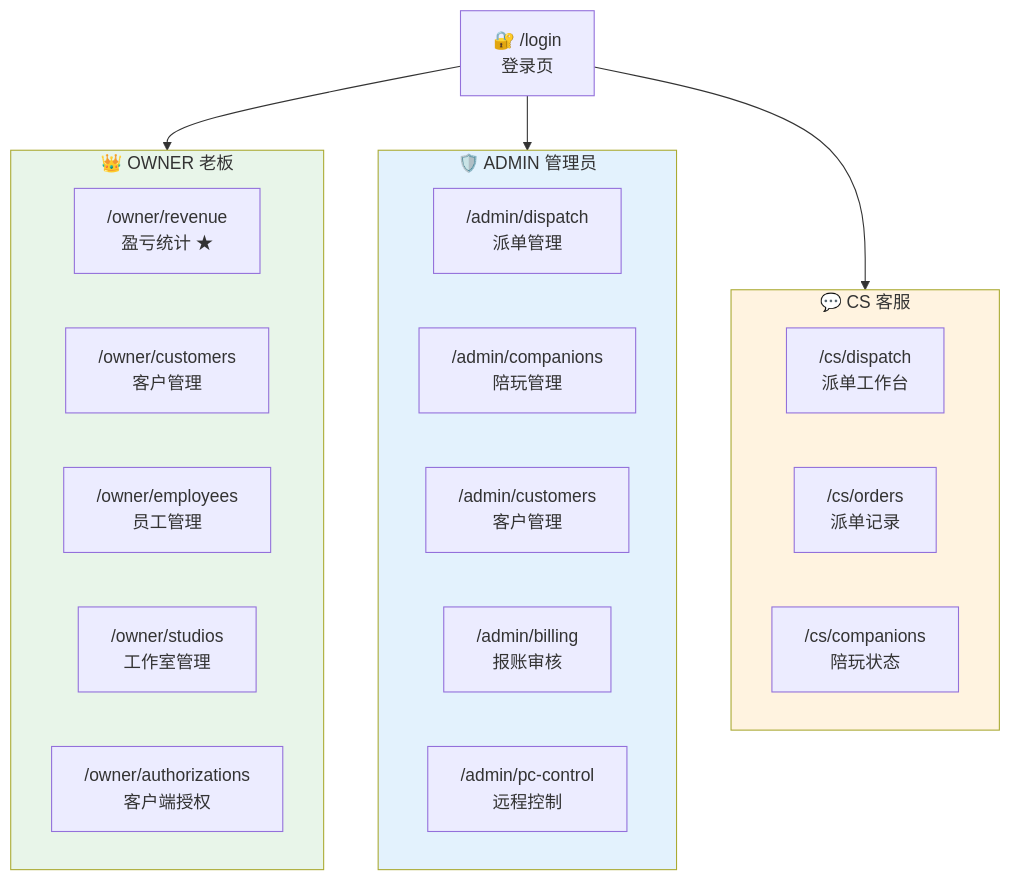
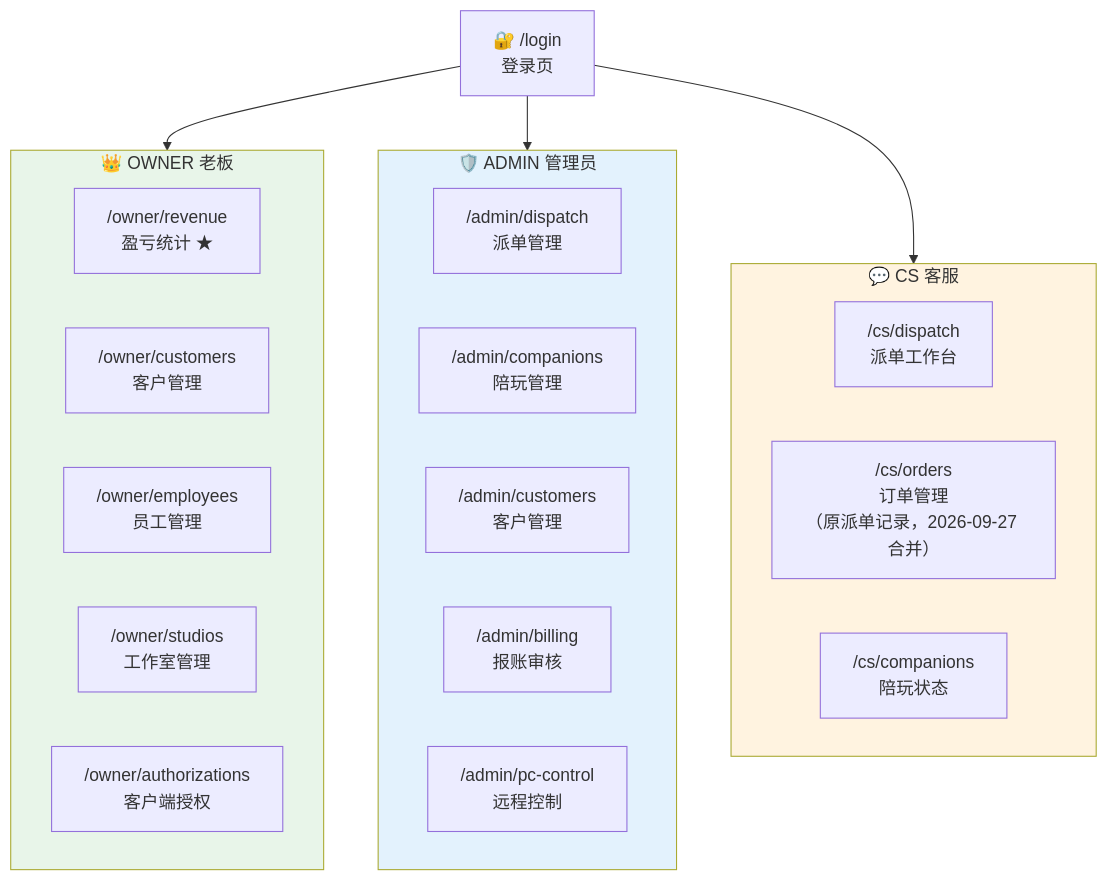
One commit to opsvr-ai/game-workspace changed the seventh of 12 diagrams in docs/ARCHITECTURE.md. Above: the diagram before and after it, drawn with Mermaid. The commit also changed 3 other files, not shown here.

````diff
--- a/docs/ARCHITECTURE.md
+++ b/docs/ARCHITECTURE.md
@@ -262,34 +262,34 @@
 ```mermaid
 graph TB
     LOGIN["🔐 /login<br/>登录页"]
 
     LOGIN --> OWNER
     LOGIN --> ADMIN
     LOGIN --> CS
 
     subgraph OWNER["👑 OWNER 老板"]
         O1["/owner/revenue<br/>盈亏统计 ★"]
         O2["/owner/customers<br/>客户管理"]
         O3["/owner/employees<br/>员工管理"]
         O4["/owner/studios<br/>工作室管理"]
         O5["/owner/authorizations<br/>客户端授权"]
     end
 
     subgraph ADMIN["🛡️ ADMIN 管理员"]
         A1["/admin/dispatch<br/>派单管理"]
         A2["/admin/companions<br/>陪玩管理"]
         A3["/admin/customers<br/>客户管理"]
         A4["/admin/billing<br/>报账审核"]
         A5["/admin/pc-control<br/>远程控制"]
     end
 
     subgraph CS["💬 CS 客服"]
         C1["/cs/dispatch<br/>派单工作台"]
-        C2["/cs/orders<br/>派单记录"]
+        C2["/cs/orders<br/>订单管理<br/>（原派单记录，2026-09-27 合并）"]
         C3["/cs/companions<br/>陪玩状态"]
     end
 
     style OWNER fill:#e8f5e9
     style ADMIN fill:#e3f2fd
     style CS fill:#fff3e0
 ```
````
